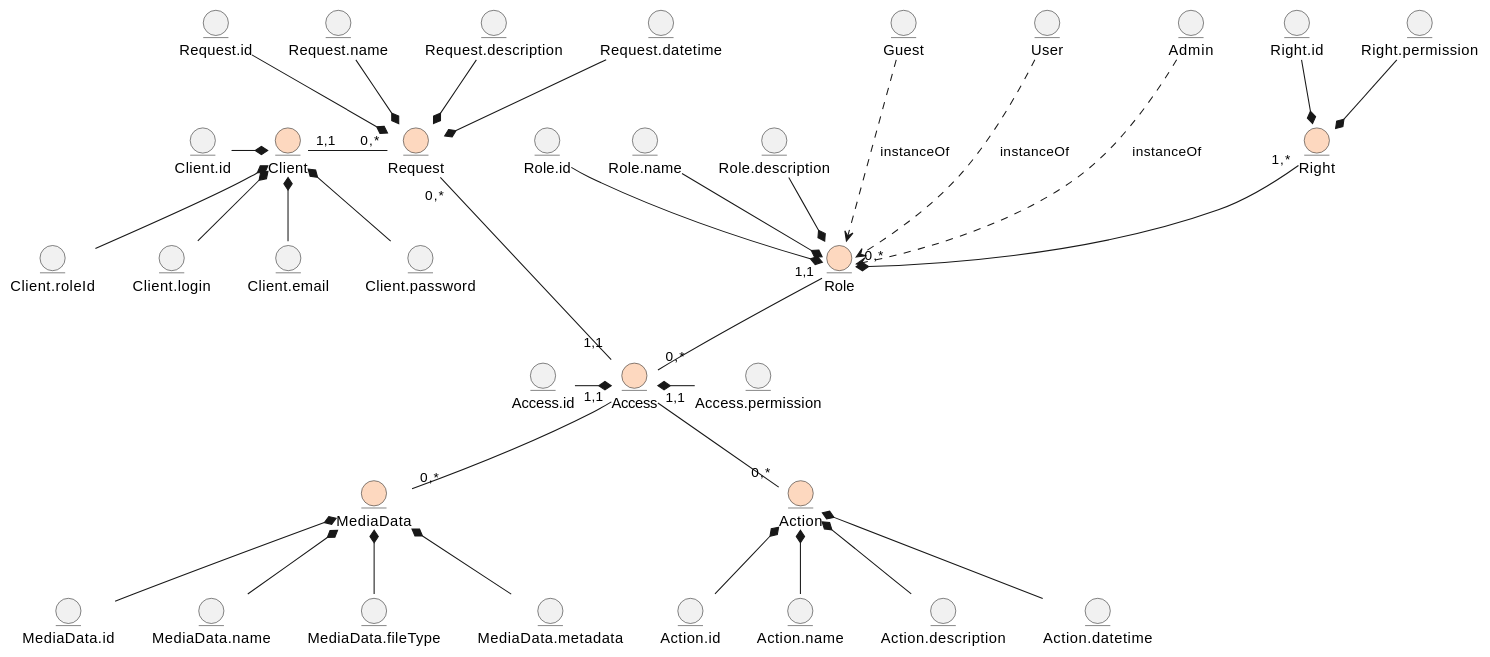
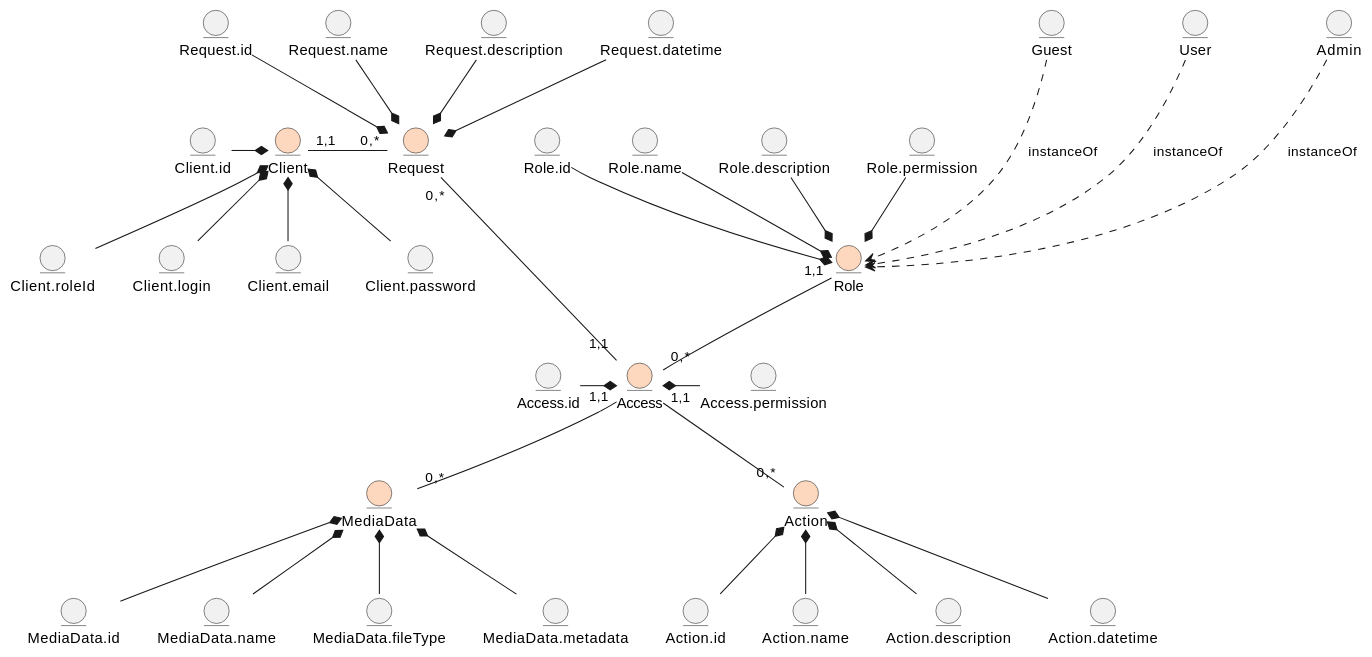
One commit to nonGratis/retarder-io-23-3 changed the first of 2 diagrams in docs/design/README.md. Above: the diagram before and after it, drawn with PlantUML. The commit also changed other lines of this file, not shown here.

Commit message:
integrate Right aggregator to Role aggregator

```diff
--- a/docs/design/README.md
+++ b/docs/design/README.md
@@ -22,10 +22,12 @@
   entity Role.id
   entity Role.name
   entity Role.description
+  entity Role.permission
 
   Role.id --* Role
   Role.name --* Role
   Role.description --* Role
+  Role.permission --* Role
 
   entity Guest
   entity User
@@ -34,13 +36,6 @@
   Guest ...> Role : instanceOf
   User ...> Role : instanceOf
   Admin ...> Role : instanceOf
-
-entity Right #fdd8bf
-  entity Right.id
-  entity Right.permission
-
-  Right.id --* Right
-  Right.permission --* Right
 
 entity Request #fdd8bf
   entity Request.id
@@ -83,7 +78,6 @@
   MediaData.metadata -u-* MediaData
 
 Client "1,1"-r-"0,*" Request
-Right "1,*"--*"0,*" Role
 Role "1,1"--"0,*" Access
 Request "0,*"---"1,1" Access
 Access "1,1"--"0,*" Action
```
